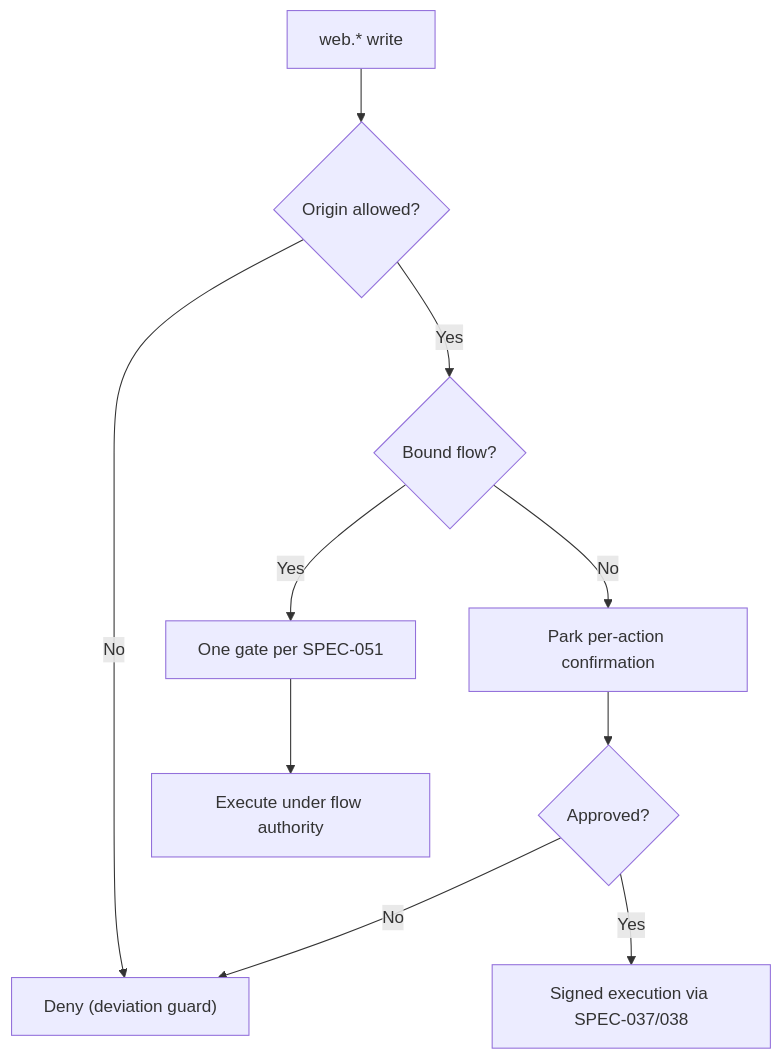
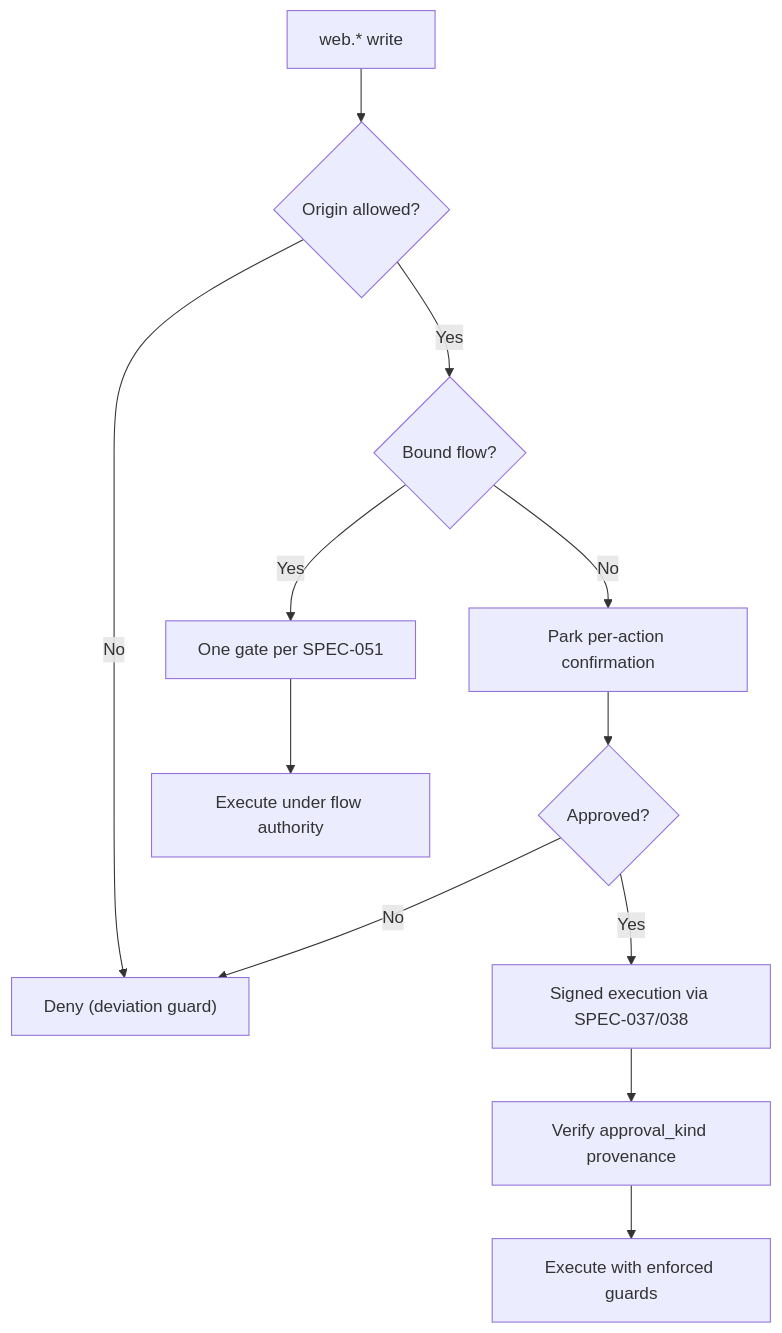
One commit to metasync/luban-aiops changed the fourth of 8 diagrams in .qoder/repowiki/en/content/Architecture Documentation/SPEC-054_ Action-Level Approval and Change Request Card.md. Above: the diagram before and after it, drawn with Mermaid. The commit also changed other lines of this file and 24 other files, not shown here.

````diff
--- a/.qoder/repowiki/en/content/Architecture Documentation/SPEC-054_ Action-Level Approval and Change Request Card.md
+++ b/.qoder/repowiki/en/content/Architecture Documentation/SPEC-054_ Action-Level Approval and Change Request Card.md
@@ -143,12 +179,14 @@
 ```mermaid
 flowchart TD
 A["web.* write"] --> B{"Origin allowed?"}
 B --> |No| Deny["Deny (deviation guard)"]
 B --> |Yes| C{"Bound flow?"}
 C --> |Yes| FlowGate["One gate per SPEC-051"]
 C --> |No| Park["Park per-action confirmation"]
 Park --> Approve{"Approved?"}
 Approve --> |Yes| SignExec["Signed execution via SPEC-037/038"]
 Approve --> |No| Deny
 FlowGate --> Exec["Execute under flow authority"]
+SignExec --> Verify["Verify approval_kind provenance"]
+Verify --> Execute["Execute with enforced guards"]
 ```
````
